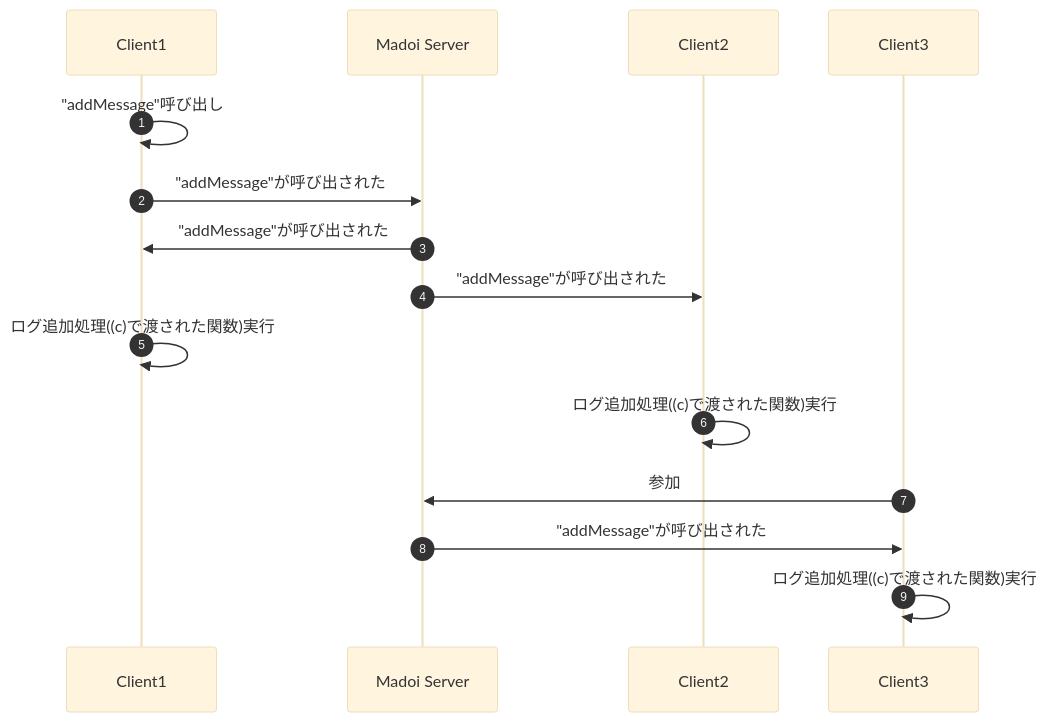
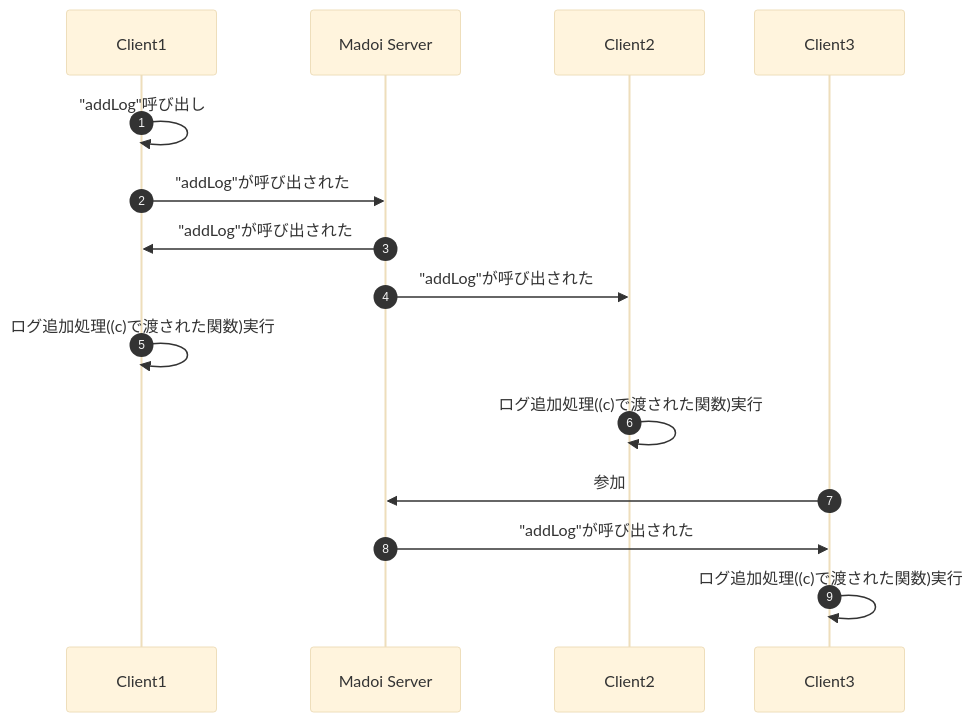
Before and after one commit to kcg-edu-future-lab/madoi-sample-chat-react-js: the second of 2 diagrams in README.md, drawn with Mermaid (base theme). The commit also changed other lines of this file and 1 other file, not shown here.

````diff
--- a/README.md
+++ b/README.md
@@ -97,17 +97,17 @@
 ```mermaid
 sequenceDiagram
     autonumber
     participant c1 as Client1
     participant s as Madoi Server
     participant c2 as Client2
     participant c3 as Client3
-    c1->>c1: "addMessage"呼び出し
-    c1->>s: "addMessage"が呼び出された
-    s->>c1: "addMessage"が呼び出された
-    s->>c2: "addMessage"が呼び出された
+    c1->>c1: "addLog"呼び出し
+    c1->>s: "addLog"が呼び出された
+    s->>c1: "addLog"が呼び出された
+    s->>c2: "addLog"が呼び出された
     c1->>c1: ログ追加処理((c)で渡された関数)実行
     c2->>c2: ログ追加処理((c)で渡された関数)実行
     c3->>s: 参加
-    s->>c3: "addMessage"が呼び出された
+    s->>c3: "addLog"が呼び出された
     c3->>c3: ログ追加処理((c)で渡された関数)実行
 ```
````
